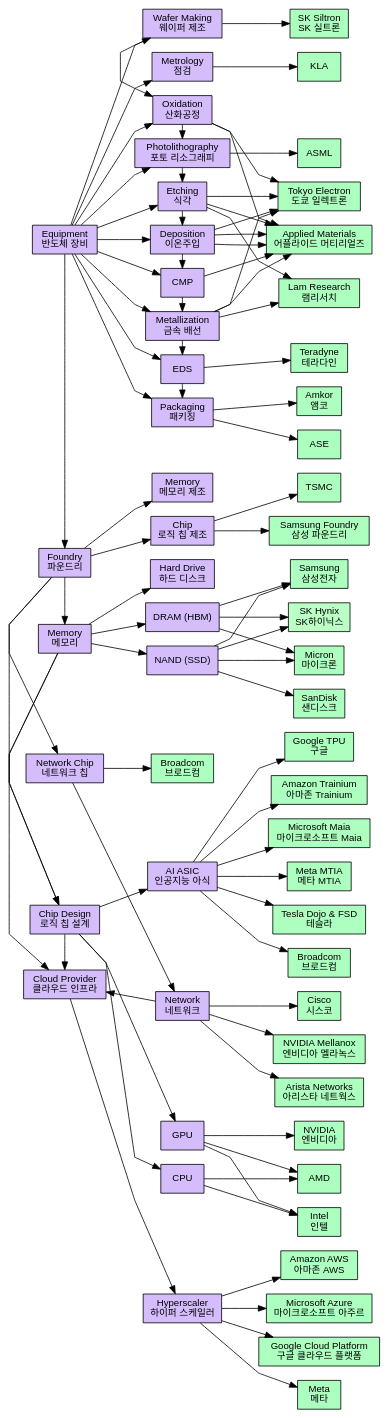
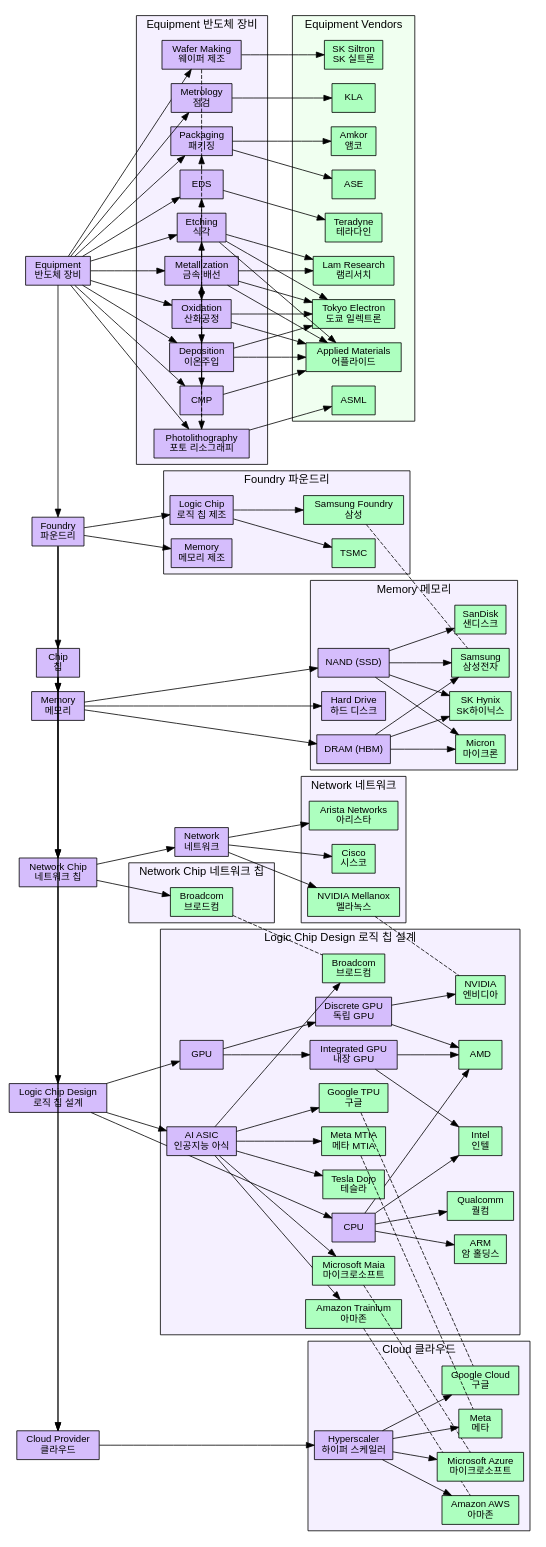
The diagram in supply_chain.dot (seanim1/tech-stock-analysis), drawn with Graphviz before and after one commit. The commit also changed 2 other files, not shown here.

Commit message:
refactoring of chain graph

```diff
--- a/supply_chain.dot
+++ b/supply_chain.dot
@@ -1,83 +1,52 @@
 digraph call_graph {
-    graph [rankdir=LR, splines=polyline, fontname="Helvetica"]
+    graph [rankdir=LR, splines=line, fontname="Helvetica"]
     node  [fontname="Helvetica", fontsize=12, style=filled]
     edge  [fontname="Helvetica", fontsize=10]
 
-    TSM  [label="TSMC", shape=box, fillcolor="#adffbf", URL="https://finance.yahoo.com/quote/TSM/", target="_blank"]
-    SamsungFoundry  [label="Samsung Foundry\n삼성 파운드리", shape=box, fillcolor="#adffbf", URL="https://finance.yahoo.com/quote/TSM/", target="_blank"]
+    // ─── main chain ───────────────────────────────────────────
+    subgraph {
+        rank=same
+        Equipment  [label="Equipment\n반도체 장비",   shape=box, fillcolor="#d5bdfc"]
+        Foundry    [label="Foundry\n파운드리",        shape=box, fillcolor="#d5bdfc"]
+        Chip       [label="Chip\n칩",                shape=box, fillcolor="#d5bdfc"]
+        Logic_Chip [label="Logic Chip Design\n로직 칩 설계", shape=box, fillcolor="#d5bdfc"]
+        Memory [label="Memory\n메모리", shape=box, fillcolor="#d5bdfc"]
+        Network_Chip [label="Network Chip\n네트워크 칩", shape=box, fillcolor="#d5bdfc"]
+        Cloud      [label="Cloud Provider\n클라우드", shape=box, fillcolor="#d5bdfc"]
+    }
+    Equipment -> Foundry
+    Foundry -> Chip 
+    Foundry -> Memory [constraint = false]
+    Foundry -> Network_Chip  [constraint = false]
+    Chip -> Network_Chip [constraint = false]
+    Chip -> Cloud  [constraint = false]
+    Network_Chip -> Cloud [constraint = false]
+    Chip -> Logic_Chip
+    Chip -> Memory
 
-    AWS  [label="Amazon AWS\n아마존 AWS", shape=box, fillcolor="#adffbf", URL="https://finance.yahoo.com/quote/AMZN/", target="_blank"]
-    Azure  [label="Microsoft Azure\n마이크로소프트 아주르", shape=box, fillcolor="#adffbf", URL="https://finance.yahoo.com/quote/MSFT/", target="_blank"]
-    GCP  [label="Google Cloud Platform\n구글 클라우드 플랫폼", shape=box, fillcolor="#adffbf", URL="https://finance.yahoo.com/quote/GOOGL/", target="_blank"]
-    META  [label="Meta\n메타", shape=box, fillcolor="#adffbf", URL="https://finance.yahoo.com/quote/META/", target="_blank"]
-    
+    // ─── equipment & process steps ────────────────────────────
+    subgraph cluster_equipment {
+        label="Equipment 반도체 장비"
+        style=filled
+        fillcolor="#f5f0ff"
 
-    Cloud  [label="Cloud Provider\n클라우드 인프라", shape=box, fillcolor="#d5bdfc", target="_blank"]
-    Hyperscaler  [label="Hyperscaler\n하이퍼 스케일러", shape=box, fillcolor="#d5bdfc", target="_blank"]
+        Wafer         [label="Wafer Making\n웨이퍼 제조",       shape=box, fillcolor="#d5bdfc"]
+        Oxidation     [label="Oxidation\n산화공정",             shape=box, fillcolor="#d5bdfc"]
+        Lithography   [label="Photolithography\n포토 리소그래피",shape=box, fillcolor="#d5bdfc"]
+        Etching       [label="Etching\n식각",                   shape=box, fillcolor="#d5bdfc"]
+        Deposition    [label="Deposition\n이온주입",            shape=box, fillcolor="#d5bdfc"]
+        CMP           [label="CMP",                             shape=box, fillcolor="#d5bdfc"]
+        Metallization [label="Metallization\n금속 배선",        shape=box, fillcolor="#d5bdfc"]
+        EDS           [label="EDS",                             shape=box, fillcolor="#d5bdfc"]
+        Packaging     [label="Packaging\n패키징",               shape=box, fillcolor="#d5bdfc"]
+        Metrology     [label="Metrology\n점검",                 shape=box, fillcolor="#d5bdfc"]
 
-    Foundry  [label="Foundry\n파운드리", shape=box, fillcolor="#d5bdfc", target="_blank"]
-    LogicFoundry  [label="Chip\n로직 칩 제조", shape=box, fillcolor="#d5bdfc", target="_blank"]
-    MemoryFoundry  [label="Memory\n메모리 제조", shape=box, fillcolor="#d5bdfc", target="_blank"]
-
-    Memory  [label="Memory\n메모리", shape=box, fillcolor="#d5bdfc", target="_blank"]
-    DRAM  [label="DRAM (HBM)", shape=box, fillcolor="#d5bdfc", target="_blank"]
-    NAND  [label="NAND (SSD)", shape=box, fillcolor="#d5bdfc", target="_blank"]
-    HDD  [label="Hard Drive\n하드 디스크", shape=box, fillcolor="#d5bdfc", target="_blank"]
-    Samsung [label="Samsung\n삼성전자", shape=box, fillcolor="#adffbf", URL="https://finance.yahoo.com/quote/005930.KS/", target="_blank"]
-    SKHynix  [label="SK Hynix\nSK하이닉스", shape=box, fillcolor="#bbffc7", URL="https://finance.yahoo.com/quote/000660.KS/", target="_blank"]
-    MU  [label="Micron\n마이크론", shape=box, fillcolor="#adffbf", URL="https://finance.yahoo.com/quote/MU/", target="_blank"]
-    SNDK  [label="SanDisk\n샌디스크", shape=box, fillcolor="#adffbf", URL="https://finance.yahoo.com/quote/SNDK/", target="_blank"]
-
-    Memory  [label="Memory\n메모리", shape=box, fillcolor="#d5bdfc", target="_blank"]
-    DRAM  [label="DRAM (HBM)", shape=box, fillcolor="#d5bdfc", target="_blank"]
-    NAND  [label="NAND (SSD)", shape=box, fillcolor="#d5bdfc", target="_blank"]
-    HDD  [label="Hard Drive\n하드 디스크", shape=box, fillcolor="#d5bdfc", target="_blank"]
-
-    Chip  [label="Chip Design\n로직 칩 설계", shape=box, fillcolor="#d5bdfc", target="_blank"]
-    GPU  [label="GPU", shape=box, fillcolor="#d5bdfc", target="_blank"]
-    CPU  [label="CPU", shape=box, fillcolor="#d5bdfc", target="_blank"]
-    AI_ASIC  [label="AI ASIC\n인공지능 아식", shape=box, fillcolor="#d5bdfc", target="_blank"]
-
-    NVDA  [label="NVIDIA\n엔비디아", shape=box, fillcolor="#adffbf", URL="https://finance.yahoo.com/quote/NVDA/", target="_blank"]
-    AMD  [label="AMD", shape=box, fillcolor="#adffbf", URL="https://finance.yahoo.com/quote/AMD/", target="_blank"]
-    INTC  [label="Intel\n인텔", shape=box, fillcolor="#adffbf", URL="https://finance.yahoo.com/quote/INTC/", target="_blank"]
-    AVGO  [label="Broadcom\n브로드컴", shape=box, fillcolor="#adffbf", URL="https://finance.yahoo.com/quote/INTC/", target="_blank"]
-    GOOGL_TPU  [label="Google TPU\n구글", shape=box, fillcolor="#adffbf", URL="https://finance.yahoo.com/quote/INTC/", target="_blank"]
-    Trainium [label="Amazon Trainium\n아마존 Trainium", shape=box, fillcolor="#adffbf", URL="https://finance.yahoo.com/quote/INTC/", target="_blank"]
-    Maia [label="Microsoft Maia\n마이크로소프트 Maia", shape=box, fillcolor="#adffbf", URL="https://finance.yahoo.com/quote/INTC/", target="_blank"]
-    MTIA [label="Meta MTIA\n메타 MTIA", shape=box, fillcolor="#adffbf", URL="https://finance.yahoo.com/quote/INTC/", target="_blank"]
-    Dojo [label="Tesla Dojo & FSD\n테슬라", shape=box, fillcolor="#adffbf", URL="https://finance.yahoo.com/quote/INTC/", target="_blank"]
-
-    Equipment  [label="Equipment\n반도체 장비", shape=box, fillcolor="#d5bdfc", target="_blank"]
-    Wafer  [label="Wafer Making\n웨이퍼 제조", shape=box, fillcolor="#d5bdfc", target="_blank"]
-    Oxidation  [label="Oxidation\n산화공정", shape=box, fillcolor="#d5bdfc", target="_blank"]
-    Lithography  [label="Photolithography\n포토 리소그래피", shape=box, fillcolor="#d5bdfc", target="_blank"]
-    Etching  [label="Etching\n식각", shape=box, fillcolor="#d5bdfc", target="_blank"]
-    Deposition  [label="Deposition\n이온주입", shape=box, fillcolor="#d5bdfc", target="_blank"]
-    CMP  [label="CMP", shape=box, fillcolor="#d5bdfc", target="_blank"]
-    Metallization  [label="Metallization\n금속 배선", shape=box, fillcolor="#d5bdfc", target="_blank"]
-    EDS [label="EDS", shape=box, fillcolor="#d5bdfc", target="_blank"]
-    Packaging  [label="Packaging\n패키징", shape=box, fillcolor="#d5bdfc", target="_blank"]
-    Metrology  [label="Metrology\n점검", shape=box, fillcolor="#d5bdfc", target="_blank"]
-
-    SK_Siltron  [label="SK Siltron\nSK 실트론", shape=box, fillcolor="#adffbf", target="_blank"]
-    TEL [label="Tokyo Electron\n도쿄 일렉트론", shape=box, fillcolor="#adffbf", target="_blank"]
-    AMAT  [label="Applied Materials\n어플라이드 머티리얼즈", shape=box, fillcolor="#adffbf", URL="https://finance.yahoo.com/quote/META/", target="_blank"]
-    LRCX  [label="Lam Research\n램리서치", shape=box, fillcolor="#adffbf", URL="https://finance.yahoo.com/quote/LRCX/", target="_blank"]
-    ASML  [label="ASML", shape=box, fillcolor="#adffbf", URL="https://finance.yahoo.com/quote/ASML/", target="_blank"]
-    KLAC [label="KLA", shape=box, fillcolor="#adffbf", URL="https://finance.yahoo.com/quote/LRCX/", target="_blank"]
-    TER [label="Teradyne\n테라다인", shape=box, fillcolor="#adffbf", URL="https://finance.yahoo.com/quote/TER/", target="_blank"]
-    ASX [label="ASE", shape=box, fillcolor="#adffbf", URL="https://finance.yahoo.com/quote/ASE/", target="_blank"]
-    AMKR [label="Amkor\n앰코", shape=box, fillcolor="#adffbf", URL="https://finance.yahoo.com/quote/ASE/", target="_blank"]
-    
-    Network  [label="Network\n네트워크", shape=box, fillcolor="#d5bdfc", target="_blank"]
-    ANET [label="Arista Networks\n아리스타 네트웍스", shape=box, fillcolor="#adffbf", URL="https://finance.yahoo.com/quote/ASE/", target="_blank"]
-    CSCO [label="Cisco\n시스코", shape=box, fillcolor="#adffbf", URL="https://finance.yahoo.com/quote/ASE/", target="_blank"]
-    Mellanox [label="NVIDIA Mellanox\n엔비디아 멜라녹스", shape=box, fillcolor="#adffbf", URL="https://finance.yahoo.com/quote/ASE/", target="_blank"]
-
-    Network_Chip  [label="Network Chip\n네트워크 칩", shape=box, fillcolor="#d5bdfc", target="_blank"]
-    AVGO_Network [label="Broadcom\n브로드컴", shape=box, fillcolor="#adffbf", URL="https://finance.yahoo.com/quote/ASE/", target="_blank"]
-
+        subgraph {
+            rank=same
+            Wafer Oxidation Lithography Etching Deposition CMP Metallization EDS Packaging
+        }
+        Wafer -> Oxidation -> Lithography -> Etching -> Deposition -> CMP -> Metallization -> EDS -> Packaging [style=dashed]
+    }
     Equipment -> Wafer
     Equipment -> Oxidation
     Equipment -> Lithography
@@ -88,99 +57,179 @@
     Equipment -> EDS
     Equipment -> Packaging
     Equipment -> Metrology
-    subgraph {
-        rank=same
-        Wafer
-        Oxidation
-        Lithography
-        Etching
-        Deposition
-        CMP
-        Metallization
-        EDS
-        Packaging
+
+    // ─── equipment vendors ────────────────────────────────────
+    subgraph cluster_equipment_vendors {
+        label="Equipment Vendors"
+        style=filled
+        fillcolor="#f0fff0"
+
+        SK_Siltron [label="SK Siltron\nSK 실트론",              shape=box, fillcolor="#adffbf"]
+        TEL        [label="Tokyo Electron\n도쿄 일렉트론",       shape=box, fillcolor="#adffbf"]
+        AMAT       [label="Applied Materials\n어플라이드",       shape=box, fillcolor="#adffbf", URL="https://finance.yahoo.com/quote/AMAT/",  target="_blank"]
+        LRCX       [label="Lam Research\n램리서치",             shape=box, fillcolor="#adffbf", URL="https://finance.yahoo.com/quote/LRCX/",  target="_blank"]
+        ASML       [label="ASML",                               shape=box, fillcolor="#adffbf", URL="https://finance.yahoo.com/quote/ASML/",  target="_blank"]
+        KLAC       [label="KLA",                                shape=box, fillcolor="#adffbf", URL="https://finance.yahoo.com/quote/KLAC/",  target="_blank"]
+        TER        [label="Teradyne\n테라다인",                  shape=box, fillcolor="#adffbf", URL="https://finance.yahoo.com/quote/TER/",   target="_blank"]
+        ASX        [label="ASE",                                shape=box, fillcolor="#adffbf", URL="https://finance.yahoo.com/quote/ASX/",   target="_blank"]
+        AMKR       [label="Amkor\n앰코",                        shape=box, fillcolor="#adffbf", URL="https://finance.yahoo.com/quote/AMKR/",  target="_blank"]
     }
-    Wafer -> Oxidation -> Lithography -> Etching -> Deposition -> CMP -> Metallization -> EDS -> Packaging
-    Wafer -> SK_Siltron
-    Oxidation -> TEL
-    Oxidation -> AMAT
-    Lithography -> ASML
-    Etching -> LRCX
-    Etching -> AMAT
-    Etching -> TEL
-    Deposition -> AMAT
-    Deposition -> AMAT
-    Deposition -> TEL
-    CMP -> AMAT
+    Wafer         -> SK_Siltron
+    Oxidation     -> TEL
+    Oxidation     -> AMAT
+    Lithography   -> ASML
+    Etching       -> LRCX
+    Etching       -> AMAT
+    Etching       -> TEL
+    Deposition    -> AMAT
+    Deposition    -> TEL
+    CMP           -> AMAT
     Metallization -> AMAT
     Metallization -> LRCX
     Metallization -> TEL
-    EDS -> TER
-    Packaging -> ASX
-    Packaging -> AMKR
-    Metrology -> KLAC
-    
+    EDS           -> TER
+    Packaging     -> ASX
+    Packaging     -> AMKR
+    Metrology     -> KLAC
+
+    // ─── foundry ──────────────────────────────────────────────
+    subgraph cluster_foundry {
+        label="Foundry 파운드리"
+        style=filled
+        fillcolor="#f5f0ff"
+
+        LogicFoundry  [label="Logic Chip\n로직 칩 제조",  shape=box, fillcolor="#d5bdfc"]
+        MemoryFoundry [label="Memory\n메모리 제조",       shape=box, fillcolor="#d5bdfc"]
+        TSM           [label="TSMC",                     shape=box, fillcolor="#adffbf", URL="https://finance.yahoo.com/quote/TSM/",       target="_blank"]
+        SamsungFoundry[label="Samsung Foundry\n삼성",    shape=box, fillcolor="#adffbf", URL="https://finance.yahoo.com/quote/005930.KS/", target="_blank"]
+
+        LogicFoundry -> TSM
+        LogicFoundry -> SamsungFoundry
+    }
     Foundry -> LogicFoundry
     Foundry -> MemoryFoundry
-    LogicFoundry -> TSM
-    LogicFoundry -> SamsungFoundry
+
+    // ─── memory ───────────────────────────────────────────────
+    subgraph cluster_memory {
+        label="Memory 메모리"
+        style=filled
+        fillcolor="#f5f0ff"
+
+        DRAM    [label="DRAM (HBM)", shape=box, fillcolor="#d5bdfc"]
+        NAND    [label="NAND (SSD)", shape=box, fillcolor="#d5bdfc"]
+        HDD     [label="Hard Drive\n하드 디스크", shape=box, fillcolor="#d5bdfc"]
+        SKHynix [label="SK Hynix\nSK하이닉스",   shape=box, fillcolor="#adffbf", URL="https://finance.yahoo.com/quote/000660.KS/", target="_blank"]
+        Samsung [label="Samsung\n삼성전자",       shape=box, fillcolor="#adffbf", URL="https://finance.yahoo.com/quote/005930.KS/", target="_blank"]
+        MU      [label="Micron\n마이크론",        shape=box, fillcolor="#adffbf", URL="https://finance.yahoo.com/quote/MU/",        target="_blank"]
+        SNDK    [label="SanDisk\n샌디스크",       shape=box, fillcolor="#adffbf", URL="https://finance.yahoo.com/quote/SNDK/",      target="_blank"]
+
+        DRAM -> SKHynix
+        DRAM -> Samsung
+        DRAM -> MU
+        NAND -> SKHynix
+        NAND -> Samsung
+        NAND -> MU
+        NAND -> SNDK
+    }
     Memory -> DRAM
     Memory -> NAND
     Memory -> HDD
-    DRAM -> SKHynix
-    DRAM -> Samsung
-    DRAM -> MU
-    NAND -> SKHynix
-    NAND -> Samsung
-    NAND -> MU
-    NAND -> SNDK
-    
-    Chip -> GPU
-    Chip -> CPU
-    Chip -> AI_ASIC
-    GPU -> NVDA
-    GPU -> AMD
-    GPU -> INTC
-    CPU -> INTC
-    CPU -> AMD
-    AI_ASIC -> AVGO
-    AI_ASIC -> GOOGL_TPU
-    AI_ASIC -> Trainium
-    AI_ASIC -> Maia
-    AI_ASIC -> MTIA
-    AI_ASIC -> Dojo
 
+    // ─── logic chip design ────────────────────────────────────
+    subgraph cluster_logic_chip {
+        label="Logic Chip Design 로직 칩 설계"
+        style=filled
+        fillcolor="#f5f0ff"
+
+        GPU     [label="GPU",                    shape=box, fillcolor="#d5bdfc"]
+        dGPU    [label="Discrete GPU\n독립 GPU", shape=box, fillcolor="#d5bdfc"]
+        iGPU    [label="Integrated GPU\n내장 GPU",shape=box, fillcolor="#d5bdfc"]
+        CPU     [label="CPU",                    shape=box, fillcolor="#d5bdfc"]
+        AI_ASIC [label="AI ASIC\n인공지능 아식", shape=box, fillcolor="#d5bdfc"]
+        NVDA    [label="NVIDIA\n엔비디아",        shape=box, fillcolor="#adffbf", URL="https://finance.yahoo.com/quote/NVDA/",  target="_blank"]
+        AMD     [label="AMD",                    shape=box, fillcolor="#adffbf", URL="https://finance.yahoo.com/quote/AMD/",   target="_blank"]
+        INTC    [label="Intel\n인텔",             shape=box, fillcolor="#adffbf", URL="https://finance.yahoo.com/quote/INTC/",  target="_blank"]
+        ARM     [label="ARM\n암 홀딩스",          shape=box, fillcolor="#adffbf", URL="https://finance.yahoo.com/quote/ARM/",   target="_blank"]
+        QCOM    [label="Qualcomm\n퀄컴",          shape=box, fillcolor="#adffbf", URL="https://finance.yahoo.com/quote/QCOM/",  target="_blank"]
+        AVGO    [label="Broadcom\n브로드컴",      shape=box, fillcolor="#adffbf", URL="https://finance.yahoo.com/quote/AVGO/",  target="_blank"]
+        GOOGL_TPU     [label="Google TPU\n구글",              shape=box, fillcolor="#adffbf", URL="https://finance.yahoo.com/quote/GOOGL/", target="_blank"]
+        AMZN_Trainium [label="Amazon Trainium\n아마존",        shape=box, fillcolor="#adffbf", URL="https://finance.yahoo.com/quote/AMZN/",  target="_blank"]
+        MSFT_Maia     [label="Microsoft Maia\n마이크로소프트", shape=box, fillcolor="#adffbf", URL="https://finance.yahoo.com/quote/MSFT/",  target="_blank"]
+        META_MTIA     [label="Meta MTIA\n메타 MTIA",           shape=box, fillcolor="#adffbf", URL="https://finance.yahoo.com/quote/META/",  target="_blank"]
+        TSLA_Dojo     [label="Tesla Dojo\n테슬라",             shape=box, fillcolor="#adffbf", URL="https://finance.yahoo.com/quote/TSLA/",  target="_blank"]
+
+        GPU -> dGPU
+        GPU -> iGPU
+        dGPU -> NVDA
+        dGPU -> AMD
+        iGPU -> INTC
+        iGPU -> AMD
+        CPU -> INTC
+        CPU -> AMD
+        CPU -> ARM
+        CPU -> QCOM
+        AI_ASIC -> AVGO
+        AI_ASIC -> GOOGL_TPU
+        AI_ASIC -> AMZN_Trainium
+        AI_ASIC -> MSFT_Maia
+        AI_ASIC -> META_MTIA
+        AI_ASIC -> TSLA_Dojo
+    }
+    Logic_Chip -> GPU
+    Logic_Chip -> CPU
+    Logic_Chip -> AI_ASIC
+
+    // ─── network chip ─────────────────────────────────────────
+    subgraph cluster_network_chip {
+        label="Network Chip 네트워크 칩"
+        style=filled
+        fillcolor="#f5f0ff"
+
+        AVGO_Network [label="Broadcom\n브로드컴", shape=box, fillcolor="#adffbf", URL="https://finance.yahoo.com/quote/AVGO/", target="_blank"]
+    }
     Network_Chip -> AVGO_Network
 
+    // ─── network ──────────────────────────────────────────────
+    subgraph cluster_network {
+        label="Network 네트워크"
+        style=filled
+        fillcolor="#f5f0ff"
+
+        ANET          [label="Arista Networks\n아리스타",  shape=box, fillcolor="#adffbf", URL="https://finance.yahoo.com/quote/ANET/", target="_blank"]
+        CSCO          [label="Cisco\n시스코",              shape=box, fillcolor="#adffbf", URL="https://finance.yahoo.com/quote/CSCO/", target="_blank"]
+        NVDA_Mellanox [label="NVIDIA Mellanox\n멜라녹스",  shape=box, fillcolor="#adffbf", URL="https://finance.yahoo.com/quote/NVDA/", target="_blank"]
+    }
+    Network [label="Network\n네트워크", shape=box, fillcolor="#d5bdfc"]
+    Network_Chip -> Network
     Network -> ANET
     Network -> CSCO
-    Network -> Mellanox
+    Network -> NVDA_Mellanox
 
+    // ─── cloud ────────────────────────────────────────────────
+    subgraph cluster_cloud {
+        label="Cloud 클라우드"
+        style=filled
+        fillcolor="#f5f0ff"
+
+        Hyperscaler [label="Hyperscaler\n하이퍼 스케일러", shape=box, fillcolor="#d5bdfc"]
+        AMZN_AWS    [label="Amazon AWS\n아마존",           shape=box, fillcolor="#adffbf", URL="https://finance.yahoo.com/quote/AMZN/",  target="_blank"]
+        MSFT_Azure  [label="Microsoft Azure\n마이크로소프트",shape=box, fillcolor="#adffbf", URL="https://finance.yahoo.com/quote/MSFT/",  target="_blank"]
+        GOOGL_GCP   [label="Google Cloud\n구글",           shape=box, fillcolor="#adffbf", URL="https://finance.yahoo.com/quote/GOOGL/", target="_blank"]
+        META        [label="Meta\n메타",                   shape=box, fillcolor="#adffbf", URL="https://finance.yahoo.com/quote/META/",  target="_blank"]
+
+        Hyperscaler -> AMZN_AWS
+        Hyperscaler -> MSFT_Azure
+        Hyperscaler -> GOOGL_GCP
+        Hyperscaler -> META
+    }
     Cloud -> Hyperscaler
-    Hyperscaler -> AWS
-    Hyperscaler -> Azure
-    Hyperscaler -> GCP
-    Hyperscaler -> META
 
-    subgraph {
-        rank=same
-        Equipment
-        Foundry
-        Memory
-        Chip
-        Network_Chip
-        Cloud
-    }
-    
-    
-    Equipment -> Foundry
-    Foundry -> Chip
-    Foundry -> Memory
-    Foundry -> Network_Chip
-    Network_Chip -> Network
-    Network -> Cloud
-    Memory -> Chip
-    Memory -> Cloud
-    Chip -> Cloud
-
+    // ─── same entity dashed links ─────────────────────────────
+    AVGO_Network  -> AVGO      [dir=none, style=dashed]
+    NVDA_Mellanox -> NVDA      [dir=none, style=dashed]
+    SamsungFoundry -> Samsung  [dir=none, style=dashed]
+    AMZN_Trainium -> AMZN_AWS  [dir=none, style=dashed]
+    MSFT_Maia     -> MSFT_Azure[dir=none, style=dashed]
+    GOOGL_TPU     -> GOOGL_GCP [dir=none, style=dashed]
+    META_MTIA     -> META      [dir=none, style=dashed]
 }
```
